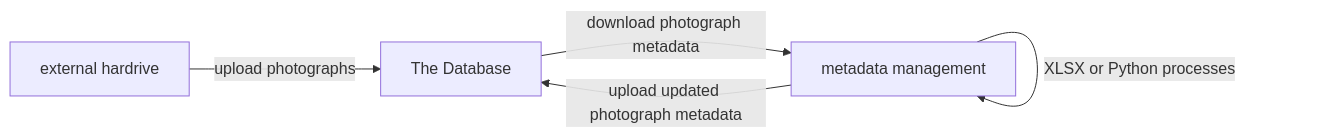
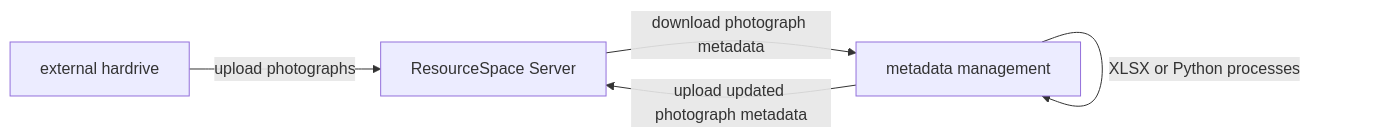
Before and after one commit to eamena-project/eamena-arches-dev: the first of 2 diagrams in projects/apaame/README.md, drawn with Mermaid. The commit also changed 3 other files, not shown here.

````diff
--- a/projects/apaame/README.md
+++ b/projects/apaame/README.md
@@ -6,13 +6,13 @@
 ```mermaid
 flowchart LR
 	id1[external hardrive]
 	id2[ResourceSpace Server]
 	id3[metadata management]
 
-  id1 -- upload photographs --> id2[The Database]
+  id1 -- upload photographs --> id2[ResourceSpace Server]
   id2 -- download photograph metadata --> id3
   id3 -- XLSX or Python processes --> id3
   id3 -- upload updated photograph metadata --> id2
 
   click id2 "https://apaame.arch.ox.ac.uk/" _blank
 ```
````
